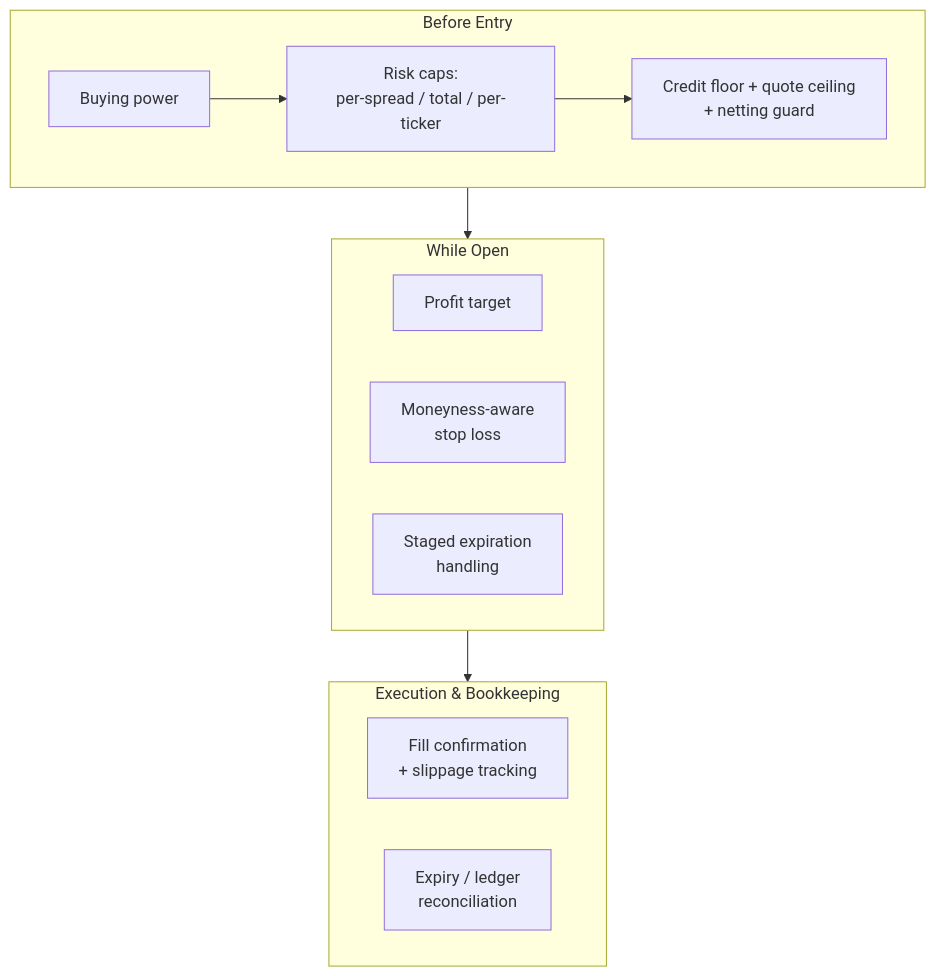
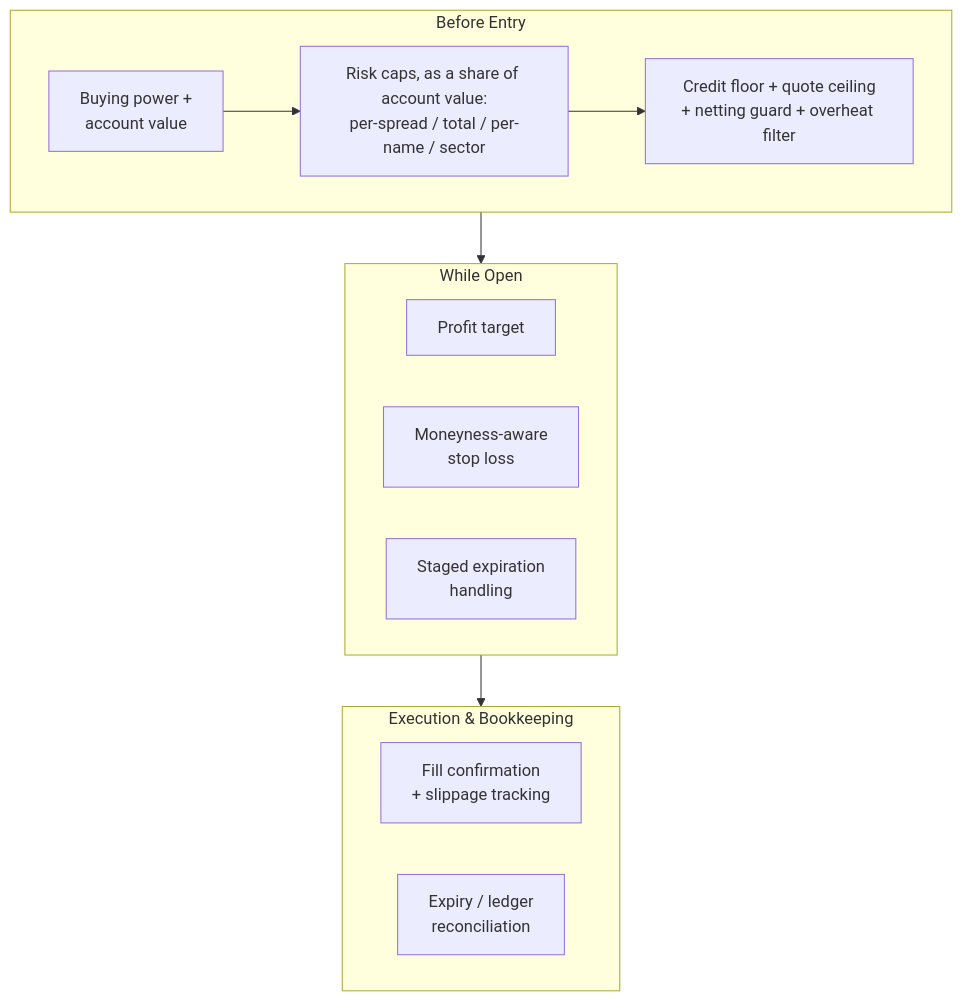
Before and after one commit to hbchoi0917/trading: the third of 4 diagrams in README.md, drawn with Mermaid. The commit also changed other lines of this file and 3 other files, not shown here.

````diff
--- a/README.md
+++ b/README.md
@@ -176,20 +179,20 @@
 ```mermaid
 flowchart TD
     subgraph PRE["Before Entry"]
         direction LR
-        P1[Buying power] --> P2[Risk caps:<br/>per-spread / total / per-ticker]
-        P2 --> P3[Credit floor + quote ceiling<br/>+ netting guard]
+        P1["Buying power +<br/>account value"] --> P2["Risk caps, as a share of account value:<br/>per-spread / total / per-name / sector"]
+        P2 --> P3["Credit floor + quote ceiling<br/>+ netting guard + overheat filter"]
     end
     subgraph LIVE["While Open"]
         direction LR
         L1[Profit target]
-        L2[Moneyness-aware<br/>stop loss]
-        L3[Staged expiration<br/>handling]
+        L2["Moneyness-aware<br/>stop loss"]
+        L3["Staged expiration<br/>handling"]
     end
     subgraph BOOK["Execution & Bookkeeping"]
         direction LR
-        A1[Fill confirmation<br/>+ slippage tracking]
-        A2[Expiry / ledger<br/>reconciliation]
+        A1["Fill confirmation<br/>+ slippage tracking"]
+        A2["Expiry / ledger<br/>reconciliation"]
     end
     PRE --> LIVE --> BOOK
 ```
````
